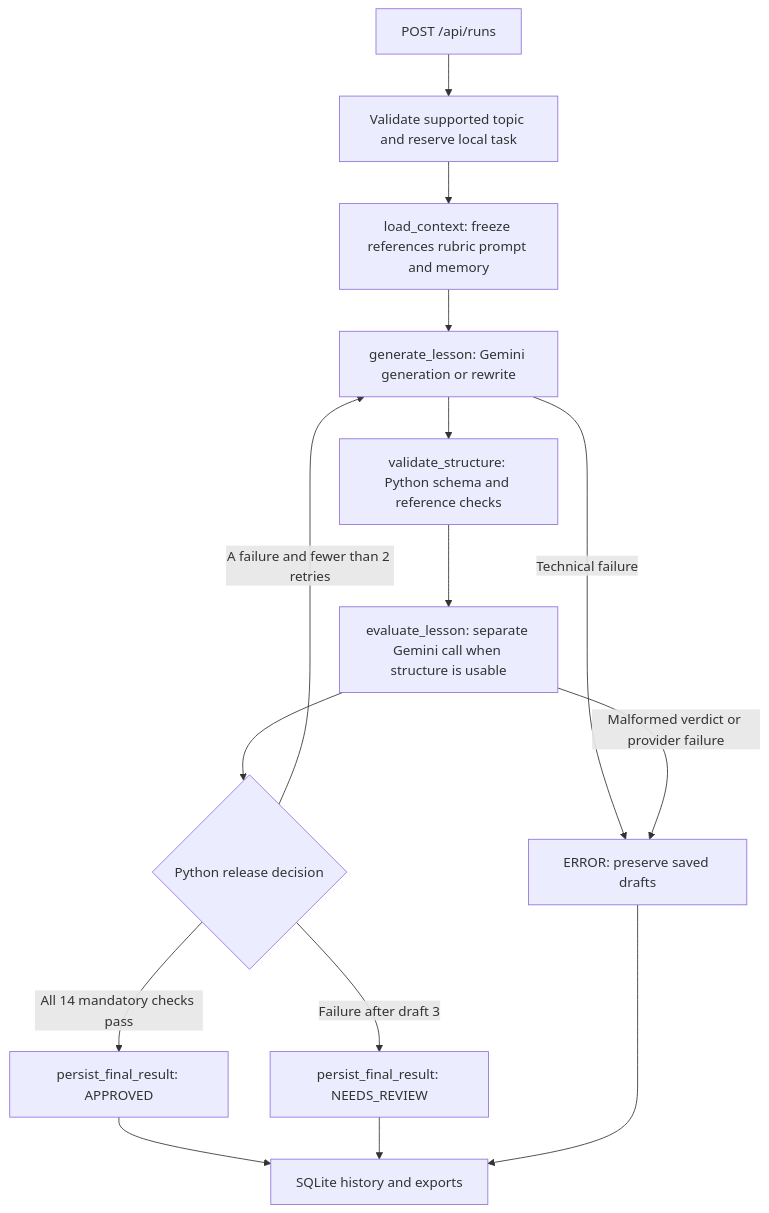
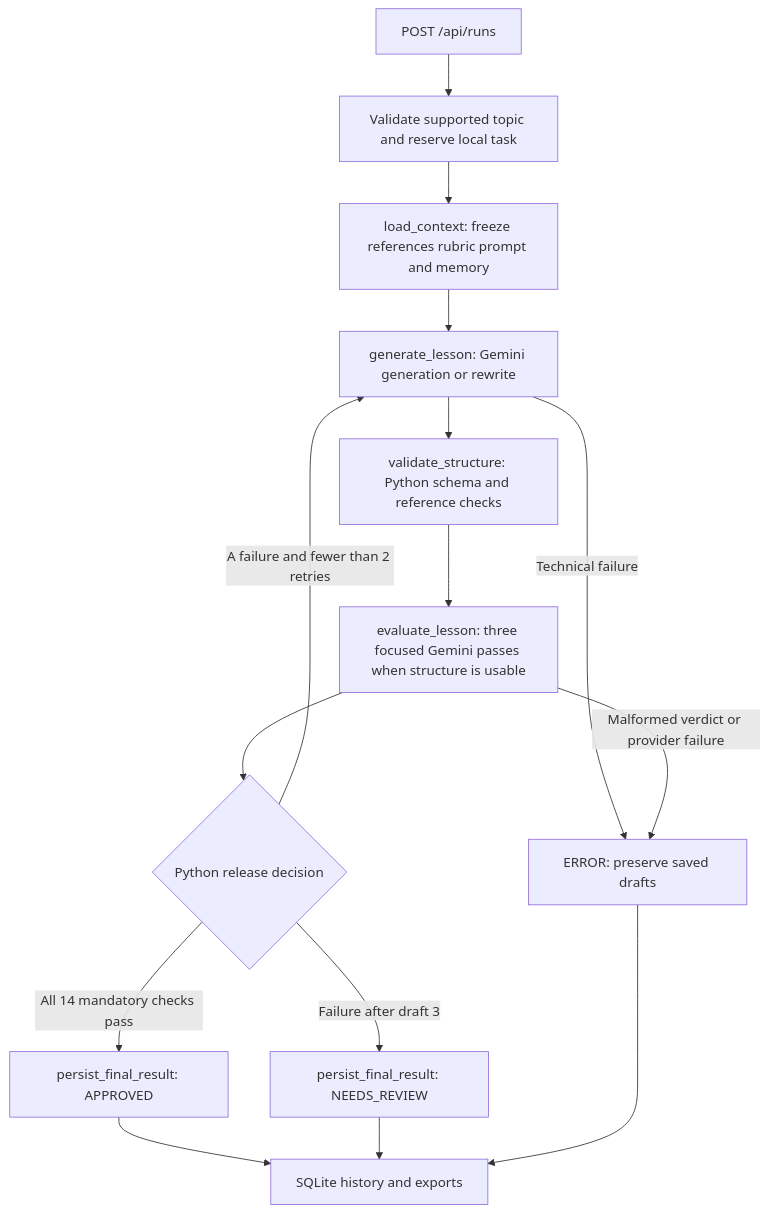
The diagram in docs/DESIGN.md (sriram-Kannan-45/LessonLoop), drawn with Mermaid before and after one commit. The commit also changed other lines of this file and 46 other files, not shown here.

````diff
--- a/docs/DESIGN.md
+++ b/docs/DESIGN.md
@@ -33,17 +33,17 @@
 ```mermaid
 flowchart TD
   A[POST /api/runs] --> B[Validate supported topic and reserve local task]
   B --> C[load_context: freeze references rubric prompt and memory]
   C --> D[generate_lesson: Gemini generation or rewrite]
   D --> E[validate_structure: Python schema and reference checks]
-  E --> F[evaluate_lesson: separate Gemini call when structure is usable]
+  E --> F[evaluate_lesson: three focused Gemini passes when structure is usable]
   F --> G{Python release decision}
   G -->|All 14 mandatory checks pass| H[persist_final_result: APPROVED]
   G -->|A failure and fewer than 2 retries| D
   G -->|Failure after draft 3| I[persist_final_result: NEEDS_REVIEW]
   D -->|Technical failure| J[ERROR: preserve saved drafts]
   F -->|Malformed verdict or provider failure| J
   H --> K[SQLite history and exports]
   I --> K
   J --> K
 ```
````
